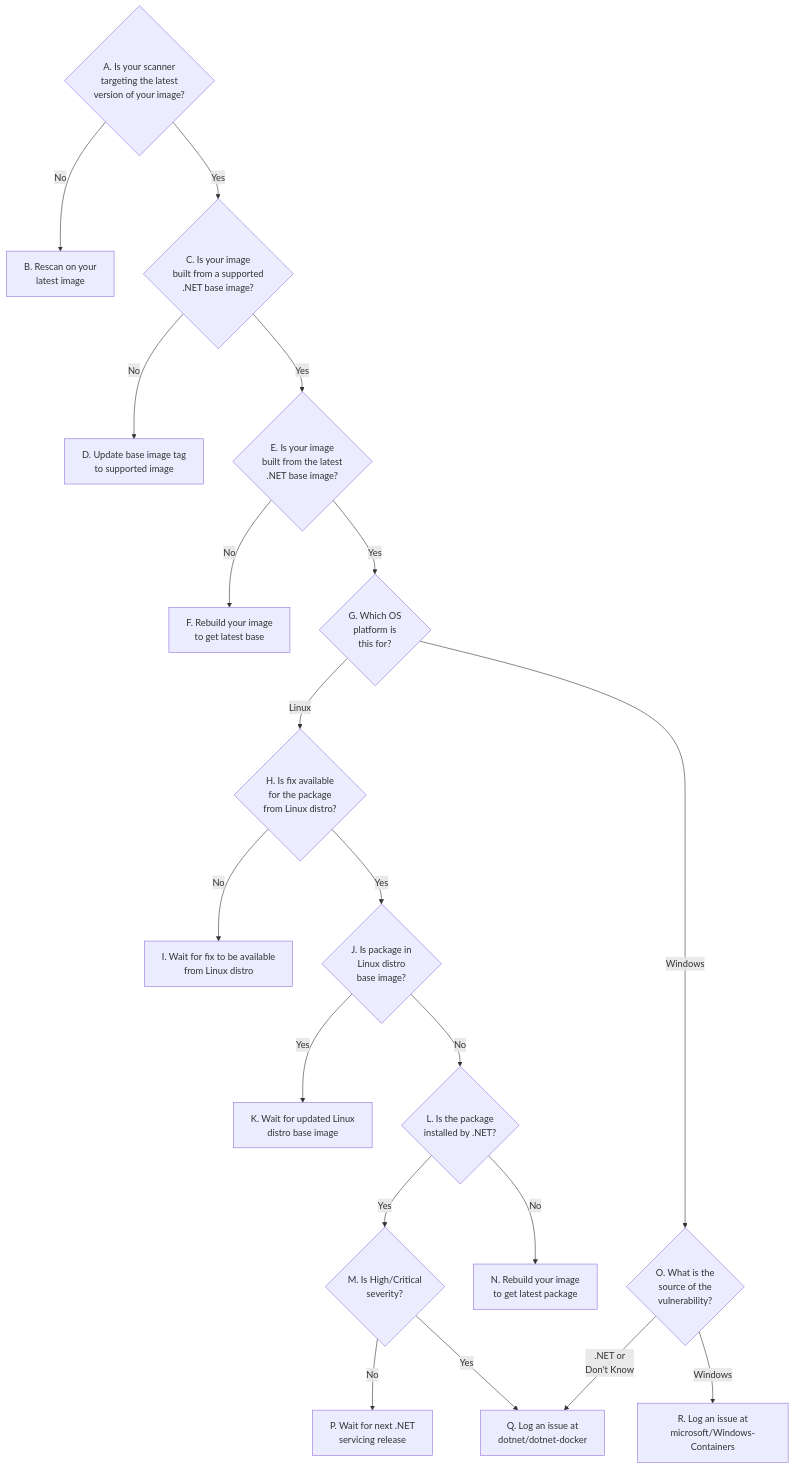
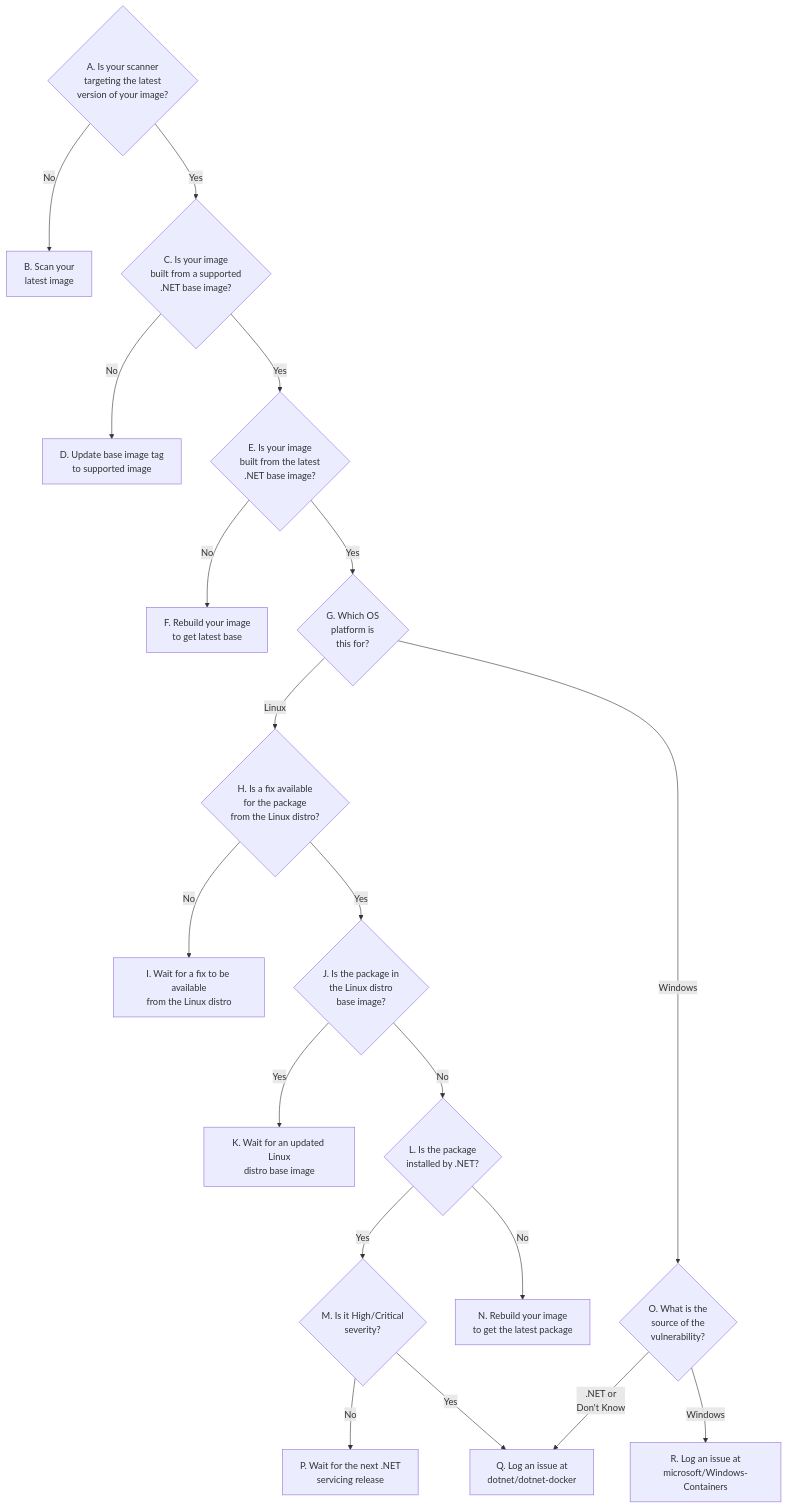
The diagram in documentation/vulnerability-workflow.md (dotnet/dotnet-docker), drawn with Mermaid before and after one commit. The commit also changed other lines of this file, not shown here.

Commit message:
Reword decision phrases

````diff
--- a/documentation/vulnerability-workflow.md
+++ b/documentation/vulnerability-workflow.md
@@ -17,39 +17,39 @@
 ```mermaid
 flowchart
-    ScanningLatest{A. Is your scanner<br>targeting the latest<br>version of your image?} --> |No|RescanLatest[B. Rescan on your<br>latest image]
+    ScanningLatest{A. Is your scanner<br>targeting the latest<br>version of your image?} --> |No|RescanLatest[B. Scan your<br>latest image]
     ScanningLatest --> |Yes|BuiltOnSupportedBase{C. Is your image<br>built from a supported<br>.NET base image?}
     BuiltOnSupportedBase --> |No|UpdateBaseImageTag[D. Update base image tag<br>to supported image]
     BuiltOnSupportedBase --> |Yes|BuiltOnLatestBase{E. Is your image<br>built from the latest<br>.NET base image?}
     BuiltOnLatestBase --> |No|RebuildImageBase[F. Rebuild your image<br>to get latest base]
     BuiltOnLatestBase --> |Yes|PlatformType{G. Which OS<br>platform is<br>this for?}
-    PlatformType --> |Linux|LinuxFixAvailability{H. Is fix available<br>for the package<br>from Linux distro?}
+    PlatformType --> |Linux|LinuxFixAvailability{H. Is a fix available<br>for the package<br>from the Linux distro?}
     PlatformType --> |Windows|WindowsVulnSource{O. What is the<br>source of the<br>vulnerability?}
-    LinuxFixAvailability --> |No|WaitForFix[I. Wait for fix to be available<br>from Linux distro]
-    LinuxFixAvailability --> |Yes|InLinuxBaseImage{J. Is package in<br>Linux distro<br>base image?}
-    InLinuxBaseImage --> |Yes|WaitForLinuxBaseUpdate[K. Wait for updated Linux<br>distro base image]
+    LinuxFixAvailability --> |No|WaitForFix[I. Wait for a fix to be available<br>from the Linux distro]
+    LinuxFixAvailability --> |Yes|InLinuxBaseImage{J. Is the package in<br>the Linux distro<br>base image?}
+    InLinuxBaseImage --> |Yes|WaitForLinuxBaseUpdate[K. Wait for an updated Linux<br>distro base image]
     InLinuxBaseImage --> |No|InstalledByDotnet{L. Is the package<br>installed by .NET?}
-    InstalledByDotnet --> |Yes|HiSeverity{M. Is High/Critical<br>severity?}
-    InstalledByDotnet --> |No|RebuildImagePackage[N. Rebuild your image<br>to get latest package]
-    HiSeverity --> |No|WaitForDotnetServicing[P. Wait for next .NET<br>servicing release]
+    InstalledByDotnet --> |Yes|HiSeverity{M. Is it High/Critical<br>severity?}
+    InstalledByDotnet --> |No|RebuildImagePackage[N. Rebuild your image<br>to get the latest package]
+    HiSeverity --> |No|WaitForDotnetServicing[P. Wait for the next .NET<br>servicing release]
     HiSeverity --> |Yes|LogDotnetDocker[Q. Log an issue at<br>dotnet/dotnet-docker]
     WindowsVulnSource --> |.NET or<br> Don't Know|LogDotnetDocker
     WindowsVulnSource --> |Windows|WindowsVuln[R. Log an issue at<br>microsoft/Windows-Containers]
     click ScanningLatest "https://github.com/dotnet/dotnet-docker/blob/main/documentation/vulnerability-workflow.md?a-is-your-scanner-targeting-the-latest-version-of-your-image"
-    click RescanLatest "https://github.com/dotnet/dotnet-docker/blob/main/documentation/vulnerability-workflow.md?b-rescan-on-your-latest-image"
+    click RescanLatest "https://github.com/dotnet/dotnet-docker/blob/main/documentation/vulnerability-workflow.md?b-scan-your-latest-image"
     click BuiltOnSupportedBase "https://github.com/dotnet/dotnet-docker/blob/main/documentation/vulnerability-workflow.md?c-is-your-image-built-from-a-supported-net-tag"
     click UpdateBaseImageTag "https://github.com/dotnet/dotnet-docker/blob/main/documentation/vulnerability-workflow.md?d-update-base-image-tag-to-supported-image"
     click BuiltOnLatestBase "https://github.com/dotnet/dotnet-docker/blob/main/documentation/vulnerability-workflow.md?e-is-your-image-built-from-the-latest-net-base-image"
     click RebuildImageBase "https://github.com/dotnet/dotnet-docker/blob/main/documentation/vulnerability-workflow.md?f-rebuild-your-image-to-get-latest-base"
     click PlatformType "https://github.com/dotnet/dotnet-docker/blob/main/documentation/vulnerability-workflow.md?g-which-os-platform-is-this-for"
-    click LinuxFixAvailability "https://github.com/dotnet/dotnet-docker/blob/main/documentation/vulnerability-workflow.md?h-is-fix-available-for-the-package-from-linux-distro"
-    click WaitForFix "https://github.com/dotnet/dotnet-docker/blob/main/documentation/vulnerability-workflow.md?i-wait-for-fix-to-be-available-from-linux-distro"
-    click InLinuxBaseImage "https://github.com/dotnet/dotnet-docker/blob/main/documentation/vulnerability-workflow.md?j-is-package-in-linux-distro-base-image"
-    click WaitForLinuxBaseUpdate "https://github.com/dotnet/dotnet-docker/blob/main/documentation/vulnerability-workflow.md?k-wait-for-updated-linux-distro-base-image"
+    click LinuxFixAvailability "https://github.com/dotnet/dotnet-docker/blob/main/documentation/vulnerability-workflow.md?h-is-a-fix-available-for-the-package-from-the-linux-distro"
+    click WaitForFix "https://github.com/dotnet/dotnet-docker/blob/main/documentation/vulnerability-workflow.md?i-wait-for-a-fix-to-be-available-from-the-linux-distro"
+    click InLinuxBaseImage "https://github.com/dotnet/dotnet-docker/blob/main/documentation/vulnerability-workflow.md?j-is-the-package-in-the-linux-distro-base-image"
+    click WaitForLinuxBaseUpdate "https://github.com/dotnet/dotnet-docker/blob/main/documentation/vulnerability-workflow.md?k-wait-for-an-updated-linux-distro-base-image"
     click InstalledByDotnet "https://github.com/dotnet/dotnet-docker/blob/main/documentation/vulnerability-workflow.md?l-is-the-package-installed-by-net"
-    click HiSeverity "https://github.com/dotnet/dotnet-docker/blob/main/documentation/vulnerability-workflow.md?m-is-highcritical-severity"
-    click RebuildImagePackage "https://github.com/dotnet/dotnet-docker/blob/main/documentation/vulnerability-workflow.md?n-rebuild-your-image-to-get-latest-package"
+    click HiSeverity "https://github.com/dotnet/dotnet-docker/blob/main/documentation/vulnerability-workflow.md?m-is-it-highcritical-severity"
+    click RebuildImagePackage "https://github.com/dotnet/dotnet-docker/blob/main/documentation/vulnerability-workflow.md?n-rebuild-your-image-to-get-the-latest-package"
     click WindowsVulnSource "https://github.com/dotnet/dotnet-docker/blob/main/documentation/vulnerability-workflow.md?o-what-is-the-source-of-the-vulnerability"
-    click WaitForDotnetServicing "https://github.com/dotnet/dotnet-docker/blob/main/documentation/vulnerability-workflow.md?p-wait-for-next-net-servicing-release"
+    click WaitForDotnetServicing "https://github.com/dotnet/dotnet-docker/blob/main/documentation/vulnerability-workflow.md?p-wait-for-the-next-net-servicing-release"
     click LogDotnetDocker "https://github.com/dotnet/dotnet-docker/blob/main/documentation/vulnerability-workflow.md?q-log-an-issue-at-dotnetdotnet-docker"
     click WindowsVuln "https://github.com/dotnet/dotnet-docker/blob/main/documentation/vulnerability-workflow.md?r-log-an-issue-at-microsoftwindows-containers"
 ```
````
